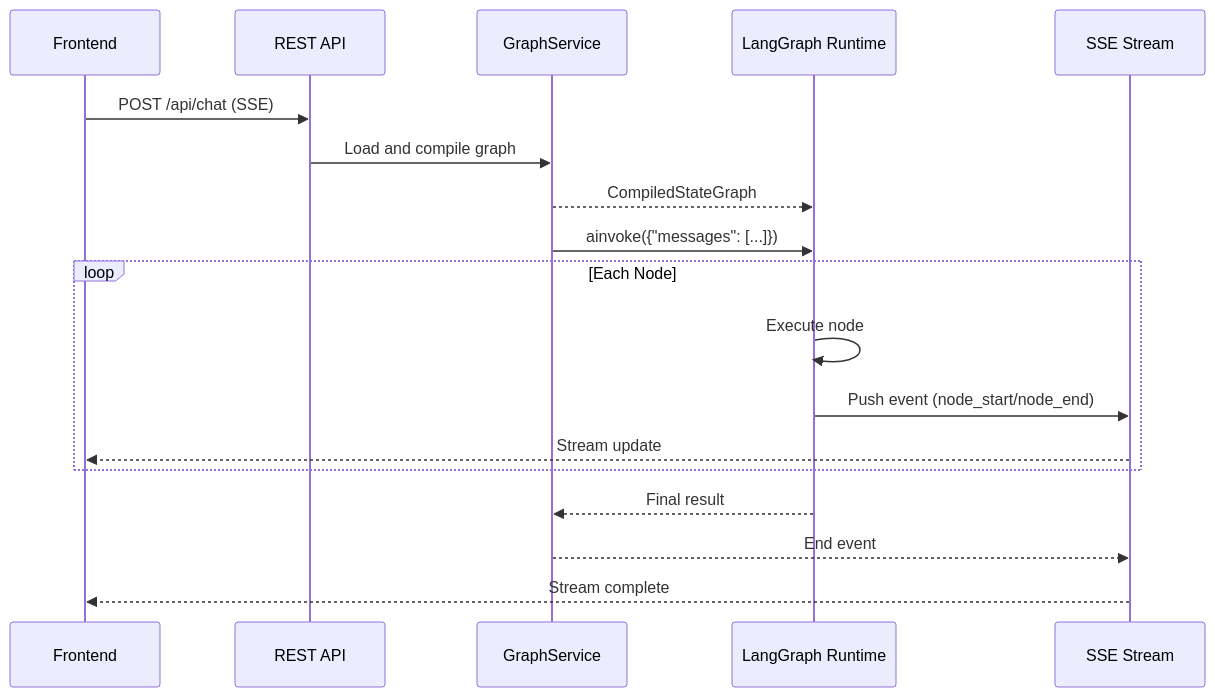
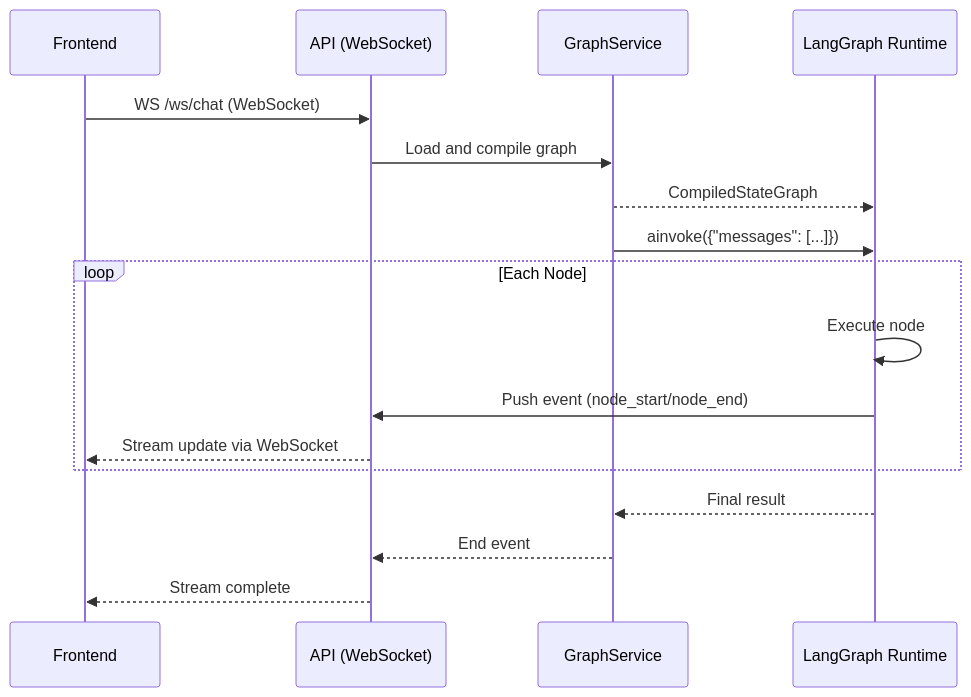
Before and after one commit to jd-opensource/JoySafeter: the seventh of 7 diagrams in docs/ARCHITECTURE.md, drawn with Mermaid. The commit also changed 35 other files, not shown here.

Commit message:
refactor: remove deprecated legacy code, cleanup unused utilities, and update architecture documentation for WebSocket transition.

````diff
--- a/docs/ARCHITECTURE.md
+++ b/docs/ARCHITECTURE.md
@@ -276,23 +276,22 @@
 ```mermaid
 sequenceDiagram
     participant Frontend as Frontend
-    participant API as REST API
+    participant API as API (WebSocket)
     participant Service as GraphService
     participant Runtime as LangGraph Runtime
-    participant SSE as SSE Stream
 
-    Frontend->>API: POST /api/chat (SSE)
+    Frontend->>API: WS /ws/chat (WebSocket)
     API->>Service: Load and compile graph
     Service-->>Runtime: CompiledStateGraph
     Service->>Runtime: ainvoke({"messages": [...]})
 
     loop Each Node
         Runtime->>Runtime: Execute node
-        Runtime->>SSE: Push event (node_start/node_end)
-        SSE-->>Frontend: Stream update
+        Runtime->>API: Push event (node_start/node_end)
+        API-->>Frontend: Stream update via WebSocket
     end
 
     Runtime-->>Service: Final result
-    Service-->>SSE: End event
-    SSE-->>Frontend: Stream complete
+    Service-->>API: End event
+    API-->>Frontend: Stream complete
 ```
````
